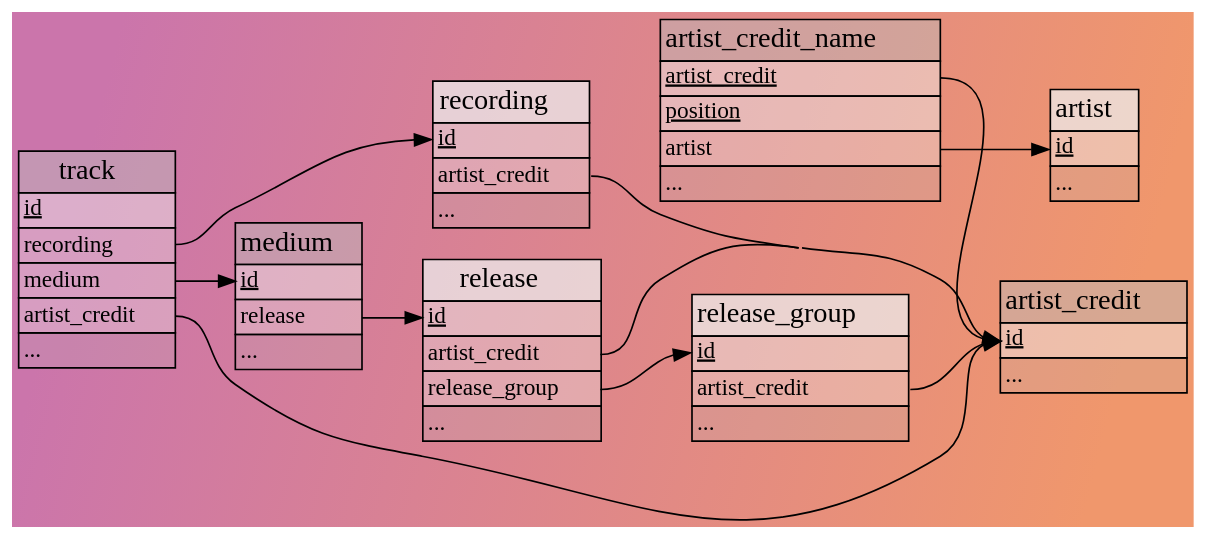
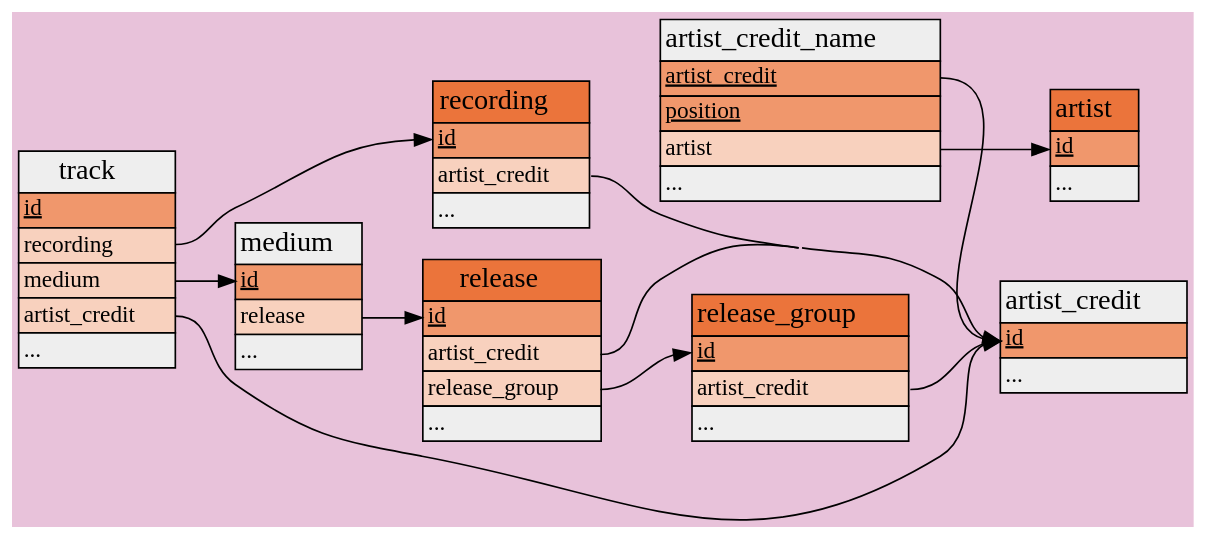
One commit to metabrainz/musicbrainz-server changed the diagram in docs/database_schema_diagrams/graphs/for_tagging_audio_files.dot. Above: the diagram before and after it, drawn with Graphviz. The commit also changed 45 other files, not shown here.

First line of the commit message:
Regenerate graphs and images with new colors

```diff
--- a/docs/database_schema_diagrams/graphs/for_tagging_audio_files.dot
+++ b/docs/database_schema_diagrams/graphs/for_tagging_audio_files.dot
@@ -1,111 +1,110 @@
 // Automatically generated, do not edit.
 // - Database schema sequence: 30
 digraph for_tagging_audio_files {
     tooltip = "Tables for tagging audio files"
     graph [
-        bgcolor = "#cb75ab:#f0976c"
+        bgcolor = "#e8c2da"
         concentrate = true
-        gradientangle = 330
         pack = true
         rankdir = "LR"
     ];
     node [
         shape = plain
     ];
 
     // Tables
     "musicbrainz.artist" [
         label = <
             <table border="0" cellspacing="0" cellborder="1">
-                <tr><td bgcolor="#eeeeeebb"><font point-size="17">artist</font></td></tr>
-                <tr><td bgcolor="#eeeeee77" align="left" port="id"><font point-size="14"><u>id</u></font></td></tr>
-                <tr><td bgcolor="#bbbbbb33" align="left" port="..."><font point-size="14">...</font></td></tr>
+                <tr><td bgcolor="#eb743b"><font point-size="17">artist</font></td></tr>
+                <tr><td bgcolor="#f0976c" align="left" port="id"><font point-size="14"><u>id</u></font></td></tr>
+                <tr><td bgcolor="#eeeeee" align="left" port="..."><font point-size="14">...</font></td></tr>
             </table>
         >
     ];
     "musicbrainz.artist_credit" [
         label = <
             <table border="0" cellspacing="0" cellborder="1">
-                <tr><td bgcolor="#bbbbbb77"><font point-size="17">artist_credit</font></td></tr>
-                <tr><td bgcolor="#eeeeee77" align="left" port="id"><font point-size="14"><u>id</u></font></td></tr>
-                <tr><td bgcolor="#bbbbbb33" align="left" port="..."><font point-size="14">...</font></td></tr>
+                <tr><td bgcolor="#eeeeee"><font point-size="17">artist_credit</font></td></tr>
+                <tr><td bgcolor="#f0976c" align="left" port="id"><font point-size="14"><u>id</u></font></td></tr>
+                <tr><td bgcolor="#eeeeee" align="left" port="..."><font point-size="14">...</font></td></tr>
             </table>
         >
     ];
     "musicbrainz.artist_credit_name" [
         label = <
             <table border="0" cellspacing="0" cellborder="1">
-                <tr><td bgcolor="#bbbbbb77"><font point-size="17">artist_credit_name</font></td></tr>
-                <tr><td bgcolor="#eeeeee77" align="left" port="artist_credit"><font point-size="14"><u>artist_credit</u></font></td></tr>
-                <tr><td bgcolor="#eeeeee77" align="left" port="position"><font point-size="14"><u>position</u></font></td></tr>
-                <tr><td bgcolor="#eeeeee55" align="left" port="artist"><font point-size="14">artist</font></td></tr>
-                <tr><td bgcolor="#bbbbbb33" align="left" port="..."><font point-size="14">...</font></td></tr>
+                <tr><td bgcolor="#eeeeee"><font point-size="17">artist_credit_name</font></td></tr>
+                <tr><td bgcolor="#f0976c" align="left" port="artist_credit"><font point-size="14"><u>artist_credit</u></font></td></tr>
+                <tr><td bgcolor="#f0976c" align="left" port="position"><font point-size="14"><u>position</u></font></td></tr>
+                <tr><td bgcolor="#f8d1be" align="left" port="artist"><font point-size="14">artist</font></td></tr>
+                <tr><td bgcolor="#eeeeee" align="left" port="..."><font point-size="14">...</font></td></tr>
             </table>
         >
     ];
     "musicbrainz.medium" [
         label = <
             <table border="0" cellspacing="0" cellborder="1">
-                <tr><td bgcolor="#bbbbbb77"><font point-size="17">medium</font></td></tr>
-                <tr><td bgcolor="#eeeeee77" align="left" port="id"><font point-size="14"><u>id</u></font></td></tr>
-                <tr><td bgcolor="#eeeeee55" align="left" port="release"><font point-size="14">release</font></td></tr>
-                <tr><td bgcolor="#bbbbbb33" align="left" port="..."><font point-size="14">...</font></td></tr>
+                <tr><td bgcolor="#eeeeee"><font point-size="17">medium</font></td></tr>
+                <tr><td bgcolor="#f0976c" align="left" port="id"><font point-size="14"><u>id</u></font></td></tr>
+                <tr><td bgcolor="#f8d1be" align="left" port="release"><font point-size="14">release</font></td></tr>
+                <tr><td bgcolor="#eeeeee" align="left" port="..."><font point-size="14">...</font></td></tr>
             </table>
         >
     ];
     "musicbrainz.recording" [
         label = <
             <table border="0" cellspacing="0" cellborder="1">
-                <tr><td bgcolor="#eeeeeebb"><font point-size="17">recording</font></td></tr>
-                <tr><td bgcolor="#eeeeee77" align="left" port="id"><font point-size="14"><u>id</u></font></td></tr>
-                <tr><td bgcolor="#eeeeee55" align="left" port="artist_credit"><font point-size="14">artist_credit</font></td></tr>
-                <tr><td bgcolor="#bbbbbb33" align="left" port="..."><font point-size="14">...</font></td></tr>
+                <tr><td bgcolor="#eb743b"><font point-size="17">recording</font></td></tr>
+                <tr><td bgcolor="#f0976c" align="left" port="id"><font point-size="14"><u>id</u></font></td></tr>
+                <tr><td bgcolor="#f8d1be" align="left" port="artist_credit"><font point-size="14">artist_credit</font></td></tr>
+                <tr><td bgcolor="#eeeeee" align="left" port="..."><font point-size="14">...</font></td></tr>
             </table>
         >
     ];
     "musicbrainz.release" [
         label = <
             <table border="0" cellspacing="0" cellborder="1">
-                <tr><td bgcolor="#eeeeeebb"><font point-size="17">release</font></td></tr>
-                <tr><td bgcolor="#eeeeee77" align="left" port="id"><font point-size="14"><u>id</u></font></td></tr>
-                <tr><td bgcolor="#eeeeee55" align="left" port="artist_credit"><font point-size="14">artist_credit</font></td></tr>
-                <tr><td bgcolor="#eeeeee55" align="left" port="release_group"><font point-size="14">release_group</font></td></tr>
-                <tr><td bgcolor="#bbbbbb33" align="left" port="..."><font point-size="14">...</font></td></tr>
+                <tr><td bgcolor="#eb743b"><font point-size="17">release</font></td></tr>
+                <tr><td bgcolor="#f0976c" align="left" port="id"><font point-size="14"><u>id</u></font></td></tr>
+                <tr><td bgcolor="#f8d1be" align="left" port="artist_credit"><font point-size="14">artist_credit</font></td></tr>
+                <tr><td bgcolor="#f8d1be" align="left" port="release_group"><font point-size="14">release_group</font></td></tr>
+                <tr><td bgcolor="#eeeeee" align="left" port="..."><font point-size="14">...</font></td></tr>
             </table>
         >
     ];
     "musicbrainz.release_group" [
         label = <
             <table border="0" cellspacing="0" cellborder="1">
-                <tr><td bgcolor="#eeeeeebb"><font point-size="17">release_group</font></td></tr>
-                <tr><td bgcolor="#eeeeee77" align="left" port="id"><font point-size="14"><u>id</u></font></td></tr>
-                <tr><td bgcolor="#eeeeee55" align="left" port="artist_credit"><font point-size="14">artist_credit</font></td></tr>
-                <tr><td bgcolor="#bbbbbb33" align="left" port="..."><font point-size="14">...</font></td></tr>
+                <tr><td bgcolor="#eb743b"><font point-size="17">release_group</font></td></tr>
+                <tr><td bgcolor="#f0976c" align="left" port="id"><font point-size="14"><u>id</u></font></td></tr>
+                <tr><td bgcolor="#f8d1be" align="left" port="artist_credit"><font point-size="14">artist_credit</font></td></tr>
+                <tr><td bgcolor="#eeeeee" align="left" port="..."><font point-size="14">...</font></td></tr>
             </table>
         >
     ];
     "musicbrainz.track" [
         label = <
             <table border="0" cellspacing="0" cellborder="1">
-                <tr><td bgcolor="#bbbbbb77"><font point-size="17">track</font></td></tr>
-                <tr><td bgcolor="#eeeeee77" align="left" port="id"><font point-size="14"><u>id</u></font></td></tr>
-                <tr><td bgcolor="#eeeeee55" align="left" port="recording"><font point-size="14">recording</font></td></tr>
-                <tr><td bgcolor="#eeeeee55" align="left" port="medium"><font point-size="14">medium</font></td></tr>
-                <tr><td bgcolor="#eeeeee55" align="left" port="artist_credit"><font point-size="14">artist_credit</font></td></tr>
-                <tr><td bgcolor="#bbbbbb33" align="left" port="..."><font point-size="14">...</font></td></tr>
+                <tr><td bgcolor="#eeeeee"><font point-size="17">track</font></td></tr>
+                <tr><td bgcolor="#f0976c" align="left" port="id"><font point-size="14"><u>id</u></font></td></tr>
+                <tr><td bgcolor="#f8d1be" align="left" port="recording"><font point-size="14">recording</font></td></tr>
+                <tr><td bgcolor="#f8d1be" align="left" port="medium"><font point-size="14">medium</font></td></tr>
+                <tr><td bgcolor="#f8d1be" align="left" port="artist_credit"><font point-size="14">artist_credit</font></td></tr>
+                <tr><td bgcolor="#eeeeee" align="left" port="..."><font point-size="14">...</font></td></tr>
             </table>
         >
     ];
 
     // References
     "musicbrainz.artist_credit_name":"artist_credit" -> "musicbrainz.artist_credit":"id"
     "musicbrainz.artist_credit_name":"artist" -> "musicbrainz.artist":"id"
     "musicbrainz.medium":"release" -> "musicbrainz.release":"id"
     "musicbrainz.recording":"artist_credit" -> "musicbrainz.artist_credit":"id"
     "musicbrainz.release":"artist_credit" -> "musicbrainz.artist_credit":"id"
     "musicbrainz.release":"release_group" -> "musicbrainz.release_group":"id"
     "musicbrainz.release_group":"artist_credit" -> "musicbrainz.artist_credit":"id"
     "musicbrainz.track":"recording" -> "musicbrainz.recording":"id"
     "musicbrainz.track":"medium" -> "musicbrainz.medium":"id"
     "musicbrainz.track":"artist_credit" -> "musicbrainz.artist_credit":"id"
 }
```
